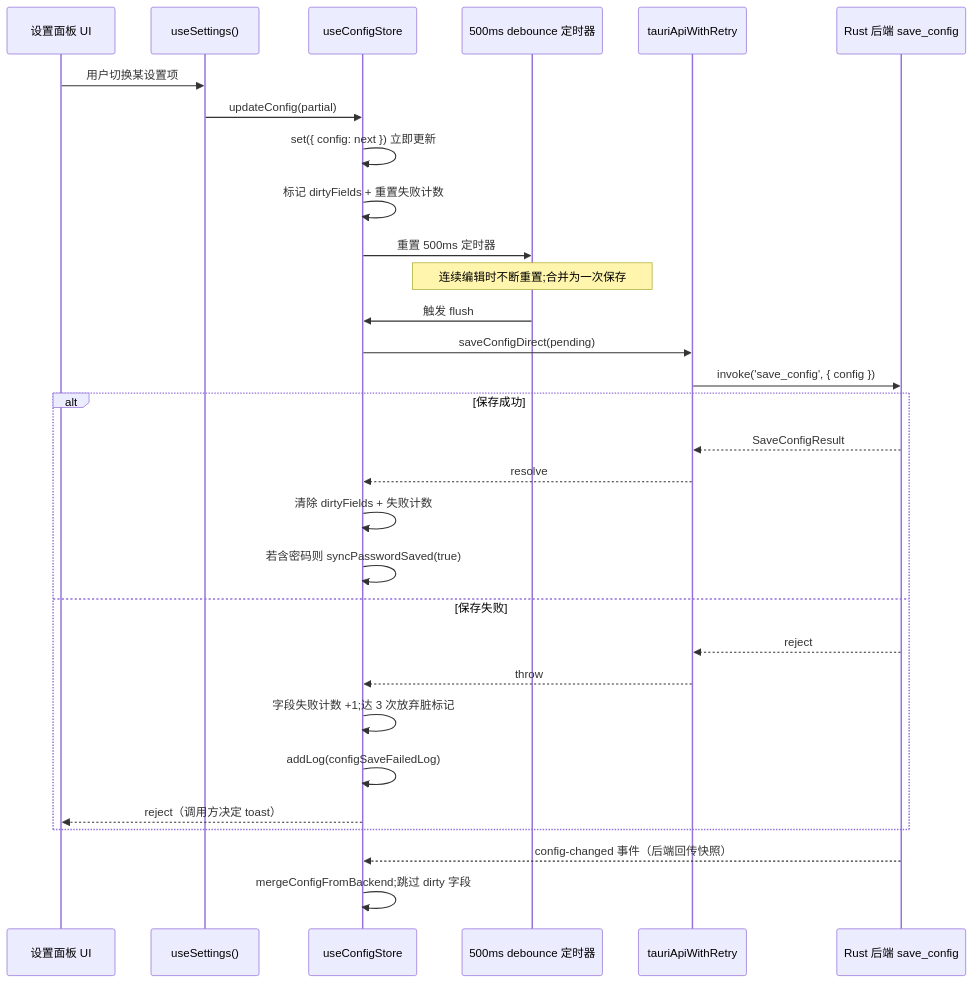
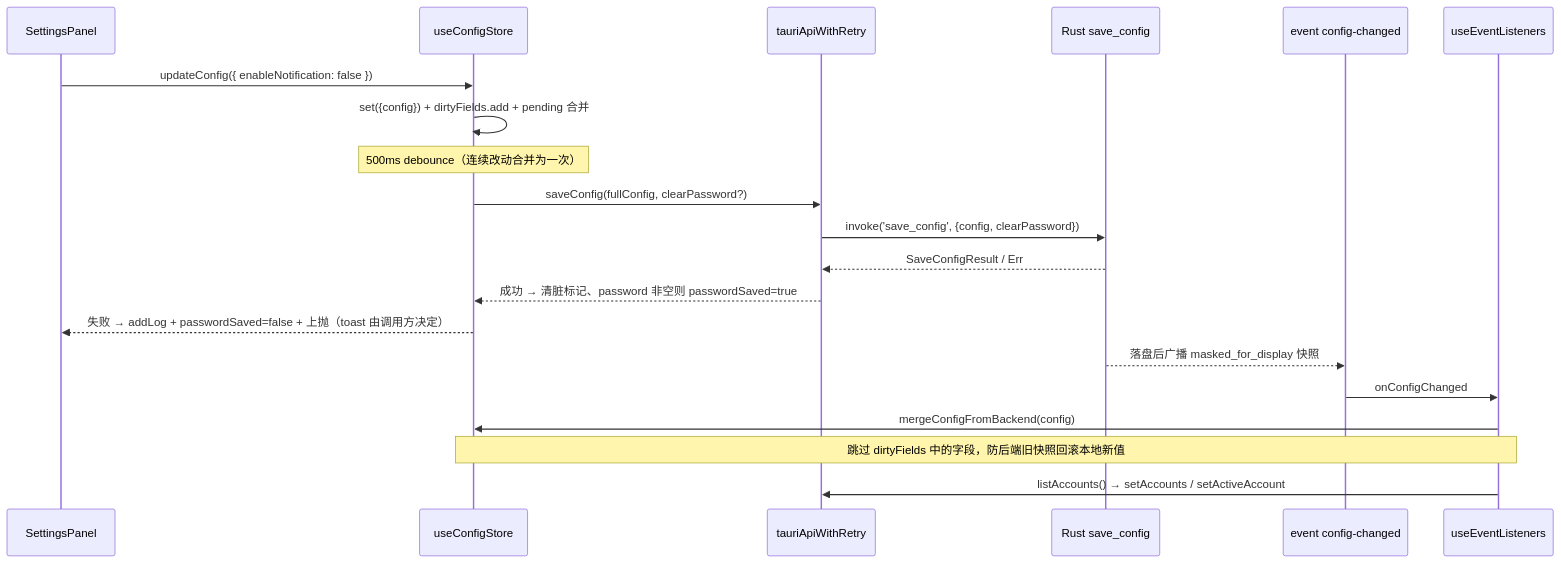
Before and after one commit to ikliml666/Wxxy-CampusLogin: the seventh of 8 diagrams in .codewiki/modules/desktop-frontend-settings.md, drawn with Mermaid. The commit also changed other lines of this file and 15 other files, not shown here.

````diff
--- a/.codewiki/modules/desktop-frontend-settings.md
+++ b/.codewiki/modules/desktop-frontend-settings.md
@@ -258,33 +328,23 @@
 ```mermaid
 sequenceDiagram
-    participant UI as 设置面板 UI
-    participant HOOK as useSettings()
-    participant CS as useConfigStore
-    participant Timer as 500ms debounce 定时器
-    participant API as tauriApiWithRetry
-    participant BE as Rust 后端 save_config
+  participant SP as SettingsPanel
+  participant CS as useConfigStore
+  participant API as tauriApiWithRetry
+  participant BE as Rust save_config
+  participant EV as event config-changed
+  participant EL as useEventListeners
 
-    UI->>HOOK: 用户切换某设置项
-    HOOK->>CS: updateConfig(partial)
-    CS->>CS: set({ config: next }) 立即更新
-    CS->>CS: 标记 dirtyFields + 重置失败计数
-    CS->>Timer: 重置 500ms 定时器
-    Note over Timer: 连续编辑时不断重置#59;合并为一次保存
-    Timer->>CS: 触发 flush
-    CS->>API: saveConfigDirect(pending)
-    API->>BE: invoke('save_config', { config })
-    alt 保存成功
-        BE-->>API: SaveConfigResult
-        API-->>CS: resolve
-        CS->>CS: 清除 dirtyFields + 失败计数
-        CS->>CS: 若含密码则 syncPasswordSaved(true)
-    else 保存失败
-        BE-->>API: reject
-        API-->>CS: throw
-        CS->>CS: 字段失败计数 +1#59;达 3 次放弃脏标记
-        CS->>CS: addLog(configSaveFailedLog)
-        CS-->>UI: reject（调用方决定 toast）
-    end
-    BE-->>CS: config-changed 事件（后端回传快照）
-    CS->>CS: mergeConfigFromBackend#59;跳过 dirty 字段
+  SP->>CS: updateConfig({ enableNotification: false })
+  CS->>CS: set({config}) + dirtyFields.add + pending 合并
+  Note over CS: 500ms debounce（连续改动合并为一次）
+  CS->>API: saveConfig(fullConfig, clearPassword?)
+  API->>BE: invoke('save_config', {config, clearPassword})
+  BE-->>API: SaveConfigResult / Err
+  API-->>CS: 成功 → 清脏标记、password 非空则 passwordSaved=true
+  CS-->>SP: 失败 → addLog + passwordSaved=false + 上抛（toast 由调用方决定）
+  BE-->>EV: 落盘后广播 masked_for_display 快照
+  EV->>EL: onConfigChanged
+  EL->>CS: mergeConfigFromBackend(config)
+  Note over EL,CS: 跳过 dirtyFields 中的字段，防后端旧快照回滚本地新值
+  EL->>API: listAccounts() → setAccounts / setActiveAccount
 ```
````
